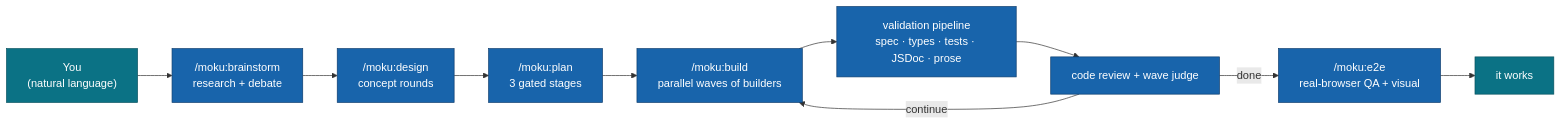
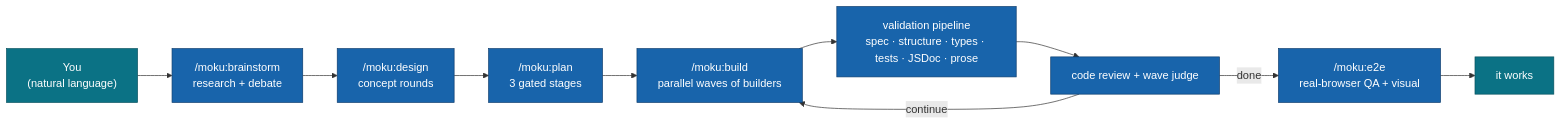
Before and after one commit to moku-labs/claude: the diagram in README.md, drawn with Mermaid. The commit also changed other lines of this file and 13 other files, not shown here.

````diff
--- a/README.md
+++ b/README.md
@@ -54,16 +54,16 @@
 ```mermaid
 flowchart LR
   U["You<br/>(natural language)"] --> BS["/moku:brainstorm<br/>research + debate"]
   BS --> D["/moku:design<br/>concept rounds"]
   D --> P["/moku:plan<br/>3 gated stages"]
   P --> B["/moku:build<br/>parallel waves of builders"]
-  B --> V["validation pipeline<br/>spec · types · tests · JSDoc · prose"]
+  B --> V["validation pipeline<br/>spec · structure · types · tests · JSDoc · prose"]
   V --> R["code review + wave judge"]
   R -->|"continue"| B
   R -->|"done"| E["/moku:e2e<br/>real-browser QA + visual"]
   E --> S["it works"]
   classDef u fill:#0b7285,stroke:#08525f,color:#fff;
   classDef m fill:#1864ab,stroke:#0d3d6e,color:#fff;
   class U,S u
   class BS,D,P,B,V,R,E m
 ```
````
